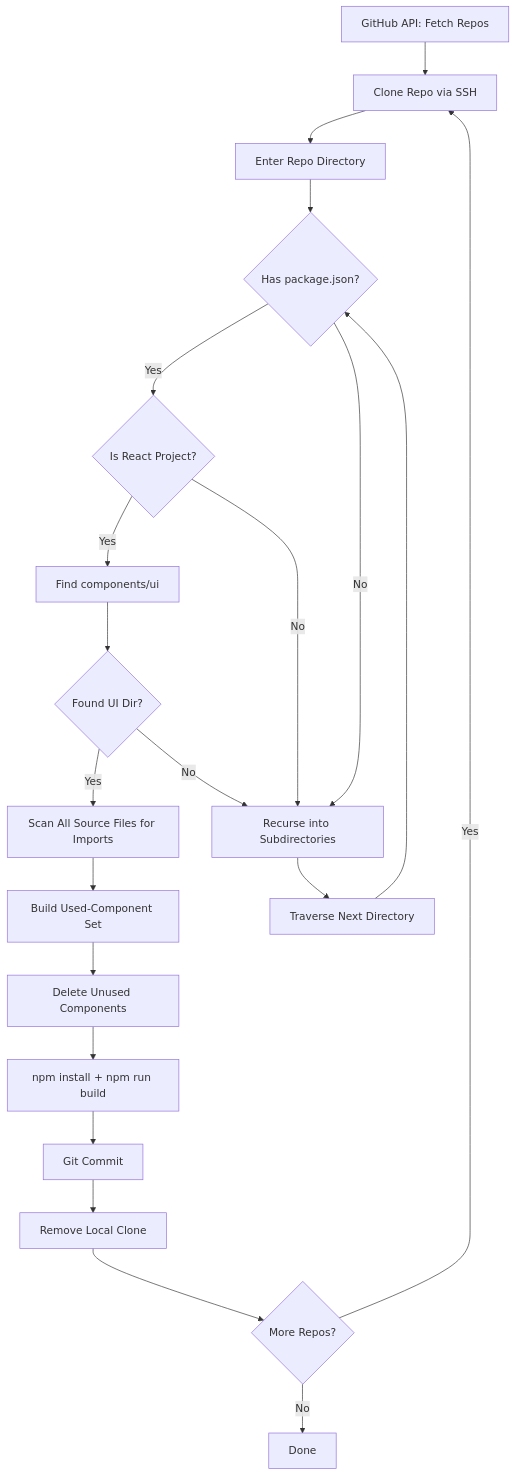
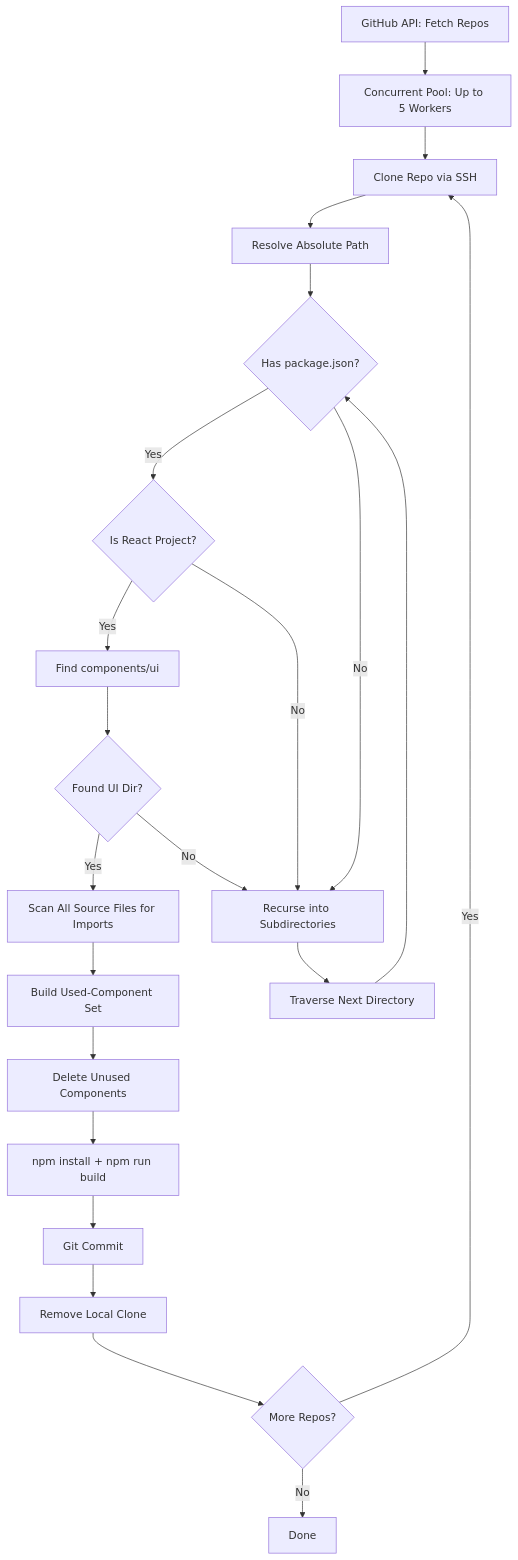
Before and after one commit to MishraShardendu22/dfs-based-repository-cleaning-engine: the diagram in README.md, drawn with Mermaid. The commit also changed other lines of this file and 11 other files, not shown here.

````diff
--- a/README.md
+++ b/README.md
@@ -72,23 +80,24 @@
 ```mermaid
 flowchart TD
-    A[GitHub API: Fetch Repos] --> B[Clone Repo via SSH]
-    B --> C[Enter Repo Directory]
-    C --> D{Has package.json?}
-    D -->|Yes| E{Is React Project?}
-    D -->|No| F[Recurse into Subdirectories]
-    E -->|Yes| G[Find components/ui]
-    E -->|No| F
-    G --> H{Found UI Dir?}
-    H -->|Yes| I[Scan All Source Files for Imports]
-    H -->|No| F
-    I --> J[Build Used-Component Set]
-    J --> K[Delete Unused Components]
-    K --> L[npm install + npm run build]
-    L --> M[Git Commit]
-    M --> N[Remove Local Clone]
-    F --> O[Traverse Next Directory]
-    O --> D
-    N --> P{More Repos?}
-    P -->|Yes| B
-    P -->|No| Q[Done]
+    A[GitHub API: Fetch Repos] --> B[Concurrent Pool: Up to 5 Workers]
+    B --> C[Clone Repo via SSH]
+    C --> D[Resolve Absolute Path]
+    D --> E{Has package.json?}
+    E -->|Yes| F{Is React Project?}
+    E -->|No| G[Recurse into Subdirectories]
+    F -->|Yes| H[Find components/ui]
+    F -->|No| G
+    H --> I{Found UI Dir?}
+    I -->|Yes| J[Scan All Source Files for Imports]
+    I -->|No| G
+    J --> K[Build Used-Component Set]
+    K --> L[Delete Unused Components]
+    L --> M[npm install + npm run build]
+    M --> N[Git Commit]
+    N --> O[Remove Local Clone]
+    G --> P[Traverse Next Directory]
+    P --> E
+    O --> Q{More Repos?}
+    Q -->|Yes| C
+    Q -->|No| R[Done]
 ```
````
